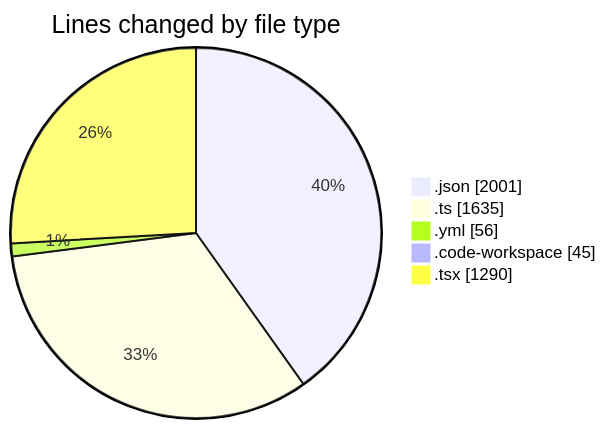
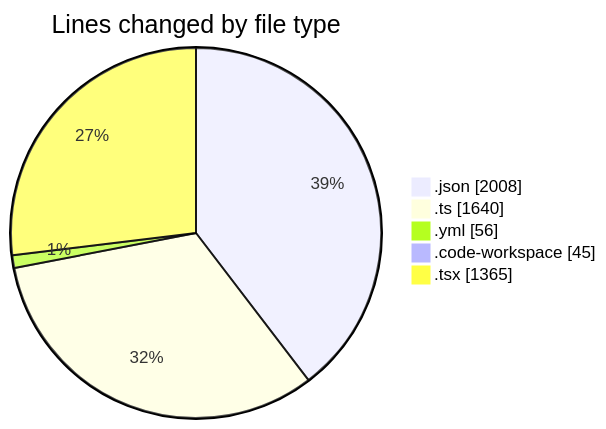
Before and after one commit to julien-gomy/code-tracking: the first of 2 diagrams in 2025-11-25/eventscop-frontend-guide__workspace_/README.md, drawn with Mermaid. The commit also changed other lines of this file and 1 other file, not shown here.

````diff
--- a/2025-11-25/eventscop-frontend-guide__workspace_/README.md
+++ b/2025-11-25/eventscop-frontend-guide__workspace_/README.md
@@ -35,9 +35,9 @@
 ```mermaid
 pie showData
 title Lines changed by file type
-".json" : 2001
-".ts" : 1635
+".json" : 2008
+".ts" : 1640
 ".yml" : 56
 ".code-workspace" : 45
-".tsx" : 1290
+".tsx" : 1365
 ```
````
